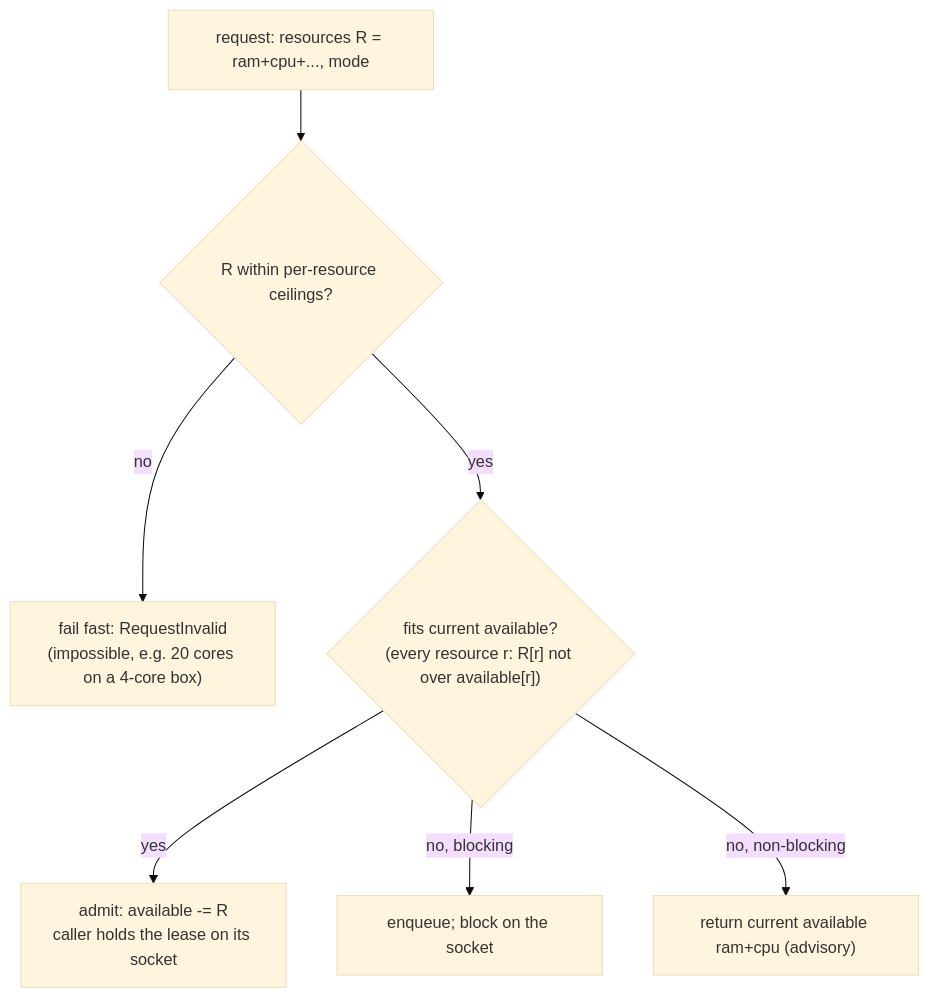
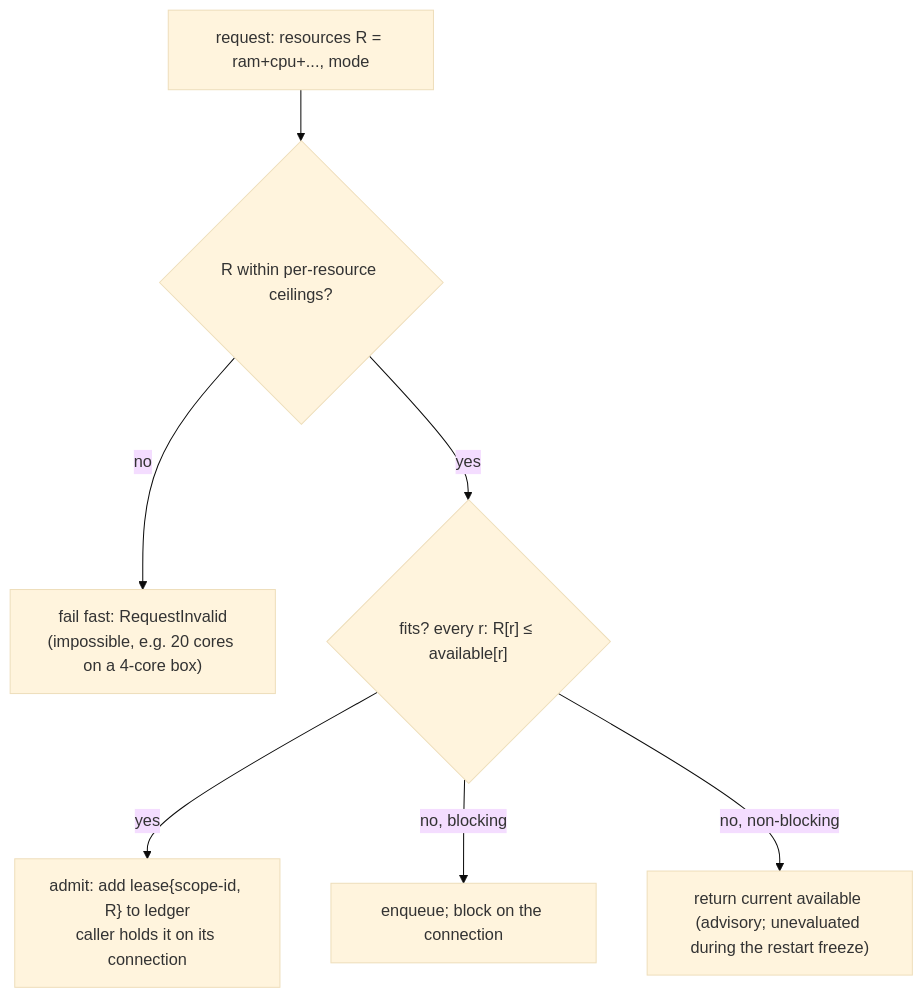
Before and after one commit to battlesnake/aira: the first of 3 diagrams in docs/superpowers/specs/2026-09-10-simple-admission-counter-design.md, drawn with Mermaid (base theme). The commit also changed other lines of this file, not shown here.

First line of the commit message:
admission-counter spec v2: plan-fix after gate BLOCK (owner-signed deltas)

````diff
--- a/docs/superpowers/specs/2026-09-10-simple-admission-counter-design.md
+++ b/docs/superpowers/specs/2026-09-10-simple-admission-counter-design.md
@@ -37,9 +71,9 @@
 ```mermaid
 flowchart TD
   A["request: resources R = ram+cpu+..., mode"] --> B{"R within per-resource ceilings?"}
   B -->|no| F["fail fast: RequestInvalid<br/>(impossible, e.g. 20 cores on a 4-core box)"]
-  B -->|yes| C{"fits current available?<br/>(every resource r: R[r] not over available[r])"}
-  C -->|yes| G["admit: available -= R<br/>caller holds the lease on its socket"]
-  C -->|no, blocking| W["enqueue; block on the socket"]
-  C -->|no, non-blocking| N["return current available ram+cpu (advisory)"]
+  B -->|yes| C{"fits? every r: R[r] &le; available[r]"}
+  C -->|yes| G["admit: add lease{scope-id, R} to ledger<br/>caller holds it on its connection"]
+  C -->|no, blocking| W["enqueue; block on the connection"]
+  C -->|no, non-blocking| N["return current available (advisory; unevaluated during the restart freeze)"]
 ```
````
